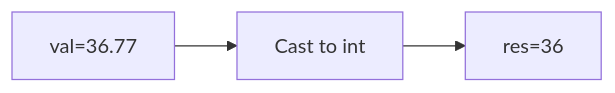
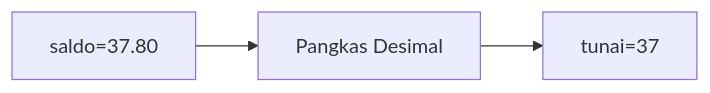
The eighth of 25 diagrams in part-c-pemahaman-cpp/01-tipe-data/latihan/set-12.md (amnahwaida/OSNK_INF_PREP), drawn with Mermaid before and after one commit. The commit also changed other lines of this file and 71 other files, not shown here.

````diff
--- a/part-c-pemahaman-cpp/01-tipe-data/latihan/set-12.md
+++ b/part-c-pemahaman-cpp/01-tipe-data/latihan/set-12.md
@@ -212,5 +220,5 @@
 ```mermaid
 graph LR
-A["val=36.77"] --> B["Cast to int"]
-B --> C["res=36"]
+A["saldo=37.80"] --> B["Pangkas Desimal"]
+B --> C["tunai=37"]
 ```
````
